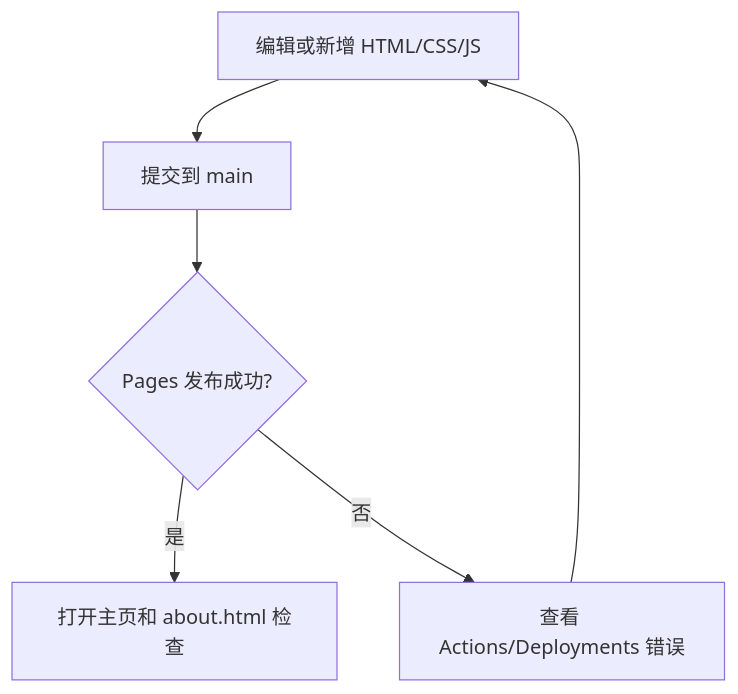
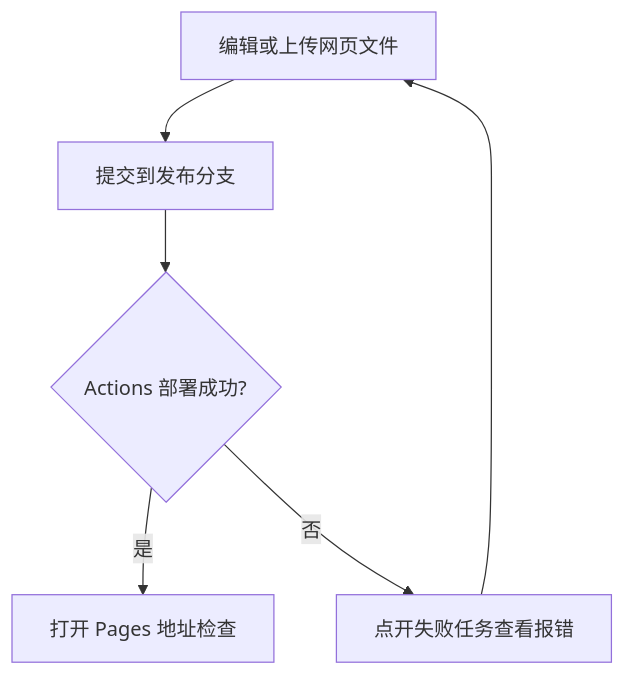
The second of 3 diagrams in docs/重新部署教程.md (hbxs0571/hbxs0571.github.io), drawn with Mermaid before and after one commit. The commit also changed other lines of this file, not shown here.

First line of the commit message:
更新 GitHub Pages 部署教程

````diff
--- a/docs/重新部署教程.md
+++ b/docs/重新部署教程.md
@@ -48,8 +88,8 @@
-~~~mermaid
+```mermaid
 flowchart TD
-    A[编辑或新增 HTML/CSS/JS] --> B[提交到 main]
-    B --> C{Pages 发布成功?}
-    C -- 是 --> D[打开主页和 about.html 检查]
-    C -- 否 --> E[查看 Actions/Deployments 错误]
+    A[编辑或上传网页文件] --> B[提交到发布分支]
+    B --> C{Actions 部署成功?}
+    C -- 是 --> D[打开 Pages 地址检查]
+    C -- 否 --> E[点开失败任务查看报错]
     E --> A
-~~~
+```
````
